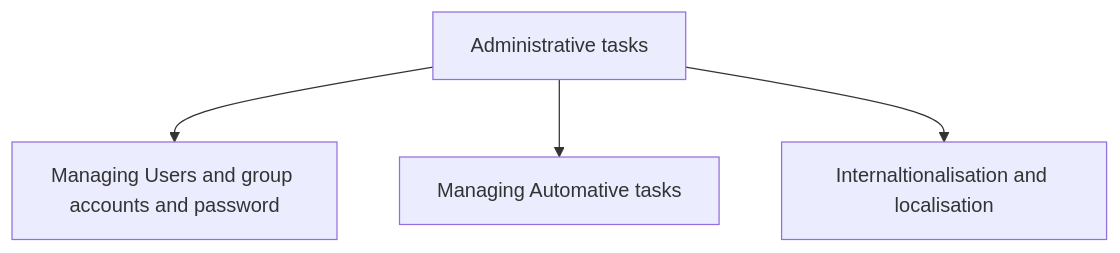
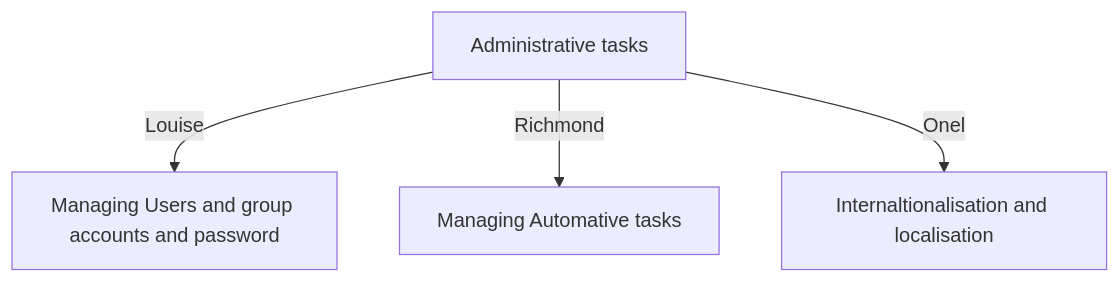
Before and after one commit to Jagoum/Administrative-task: the diagram in README.md, drawn with Mermaid.

````diff
--- a/README.md
+++ b/README.md
@@ -10,7 +10,7 @@
 ```mermaid
 flowchart TD
-    A[Administrative tasks]-->B[Managing Users and group accounts and password];
-    A-->C[Managing Automative tasks];
-    A-->D[Internaltionalisation and localisation];
+    A[Administrative tasks]--Louise-->B[Managing Users and group accounts and password];
+    A--Richmond-->C[Managing Automative tasks];
+    A--Onel-->D[Internaltionalisation and localisation];
     
 ```
````
